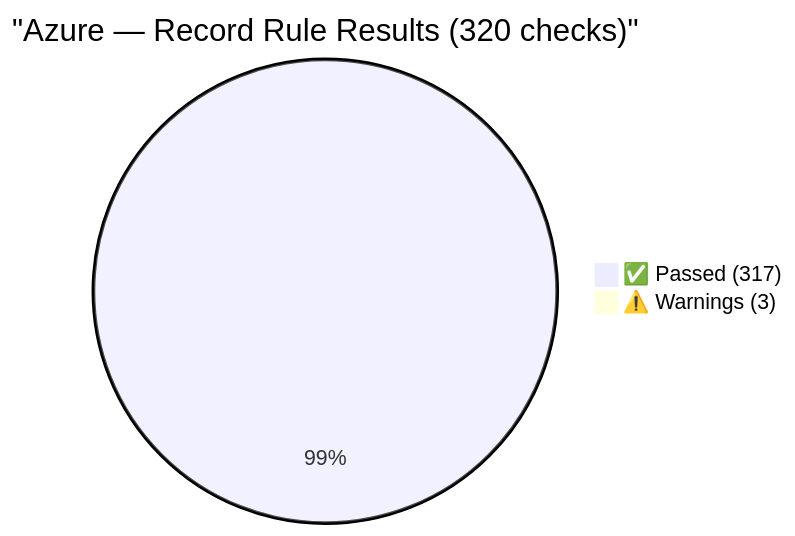
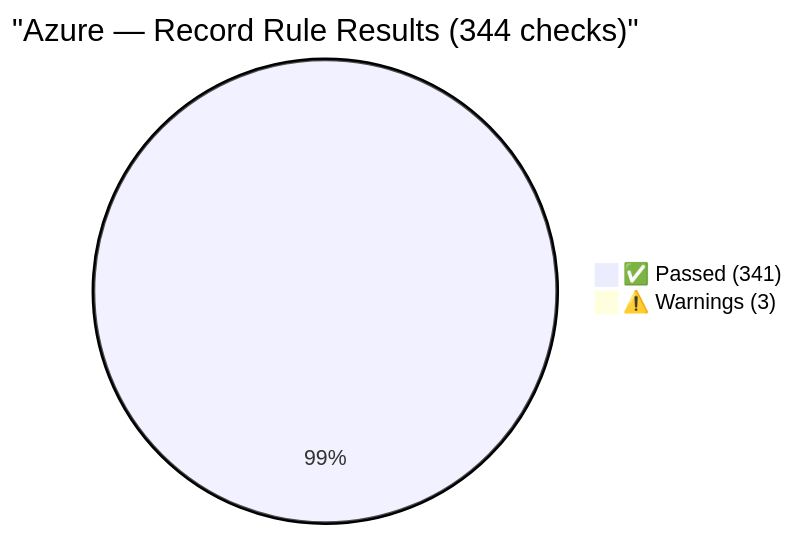
The fifth of 8 diagrams in tests/reports/crit-test-report.md (Vulnetix/ietf-crit-spec), drawn with Mermaid before and after one commit. The commit also changed other lines of this file and 14 other files, not shown here.

````diff
--- a/tests/reports/crit-test-report.md
+++ b/tests/reports/crit-test-report.md
@@ -248,5 +254,5 @@
 ```mermaid
-pie title "Azure — Record Rule Results (320 checks)"
-    "✅ Passed (317)" : 317
+pie title "Azure — Record Rule Results (344 checks)"
+    "✅ Passed (341)" : 341
     "⚠️ Warnings (3)" : 3
 ```
````
